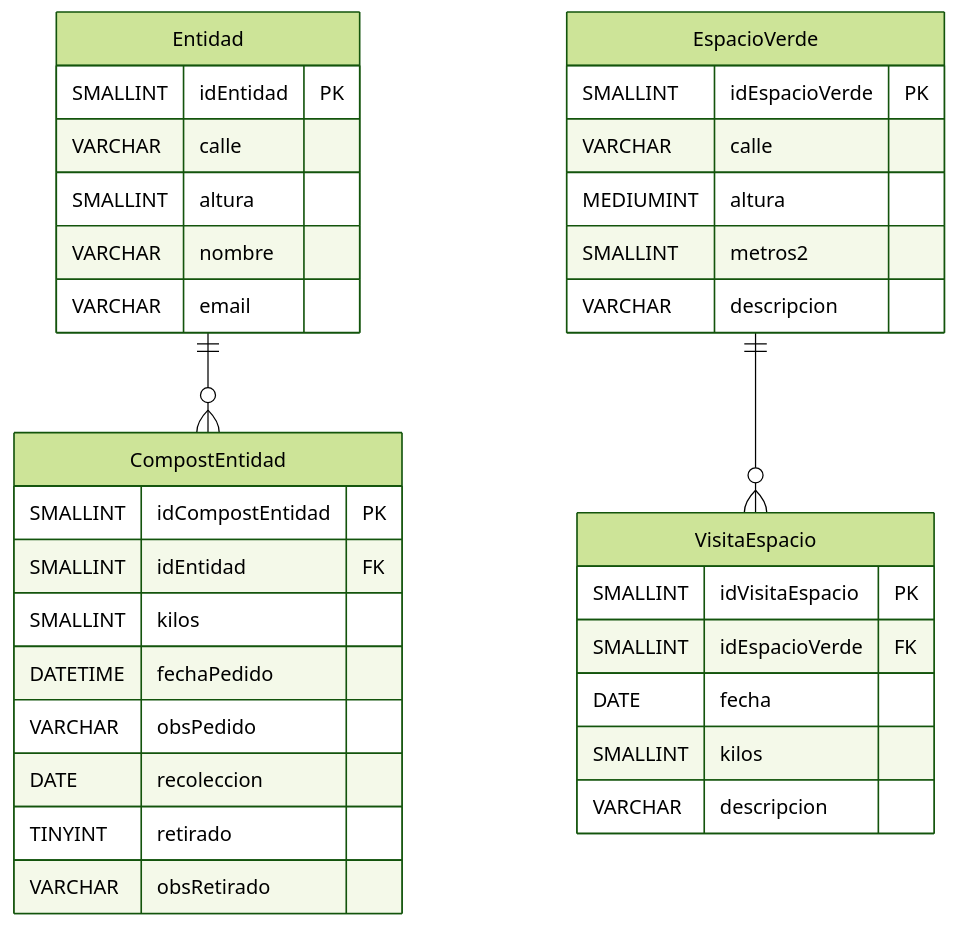
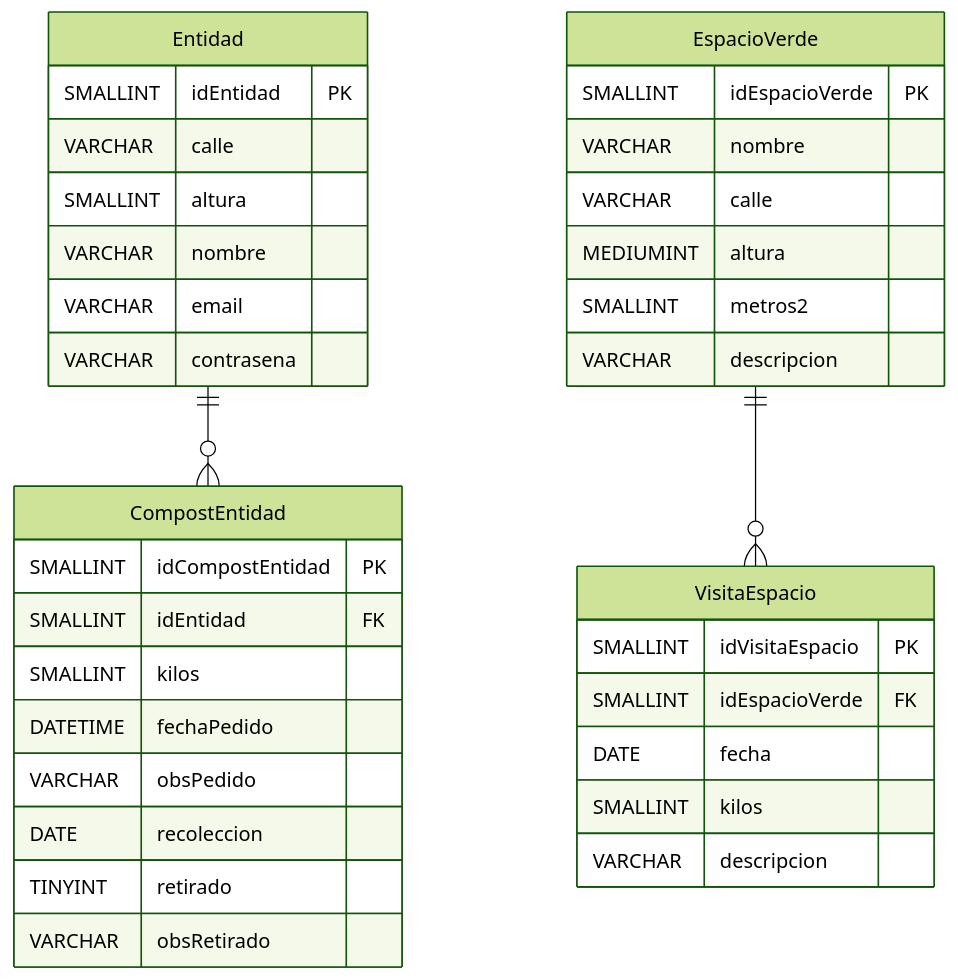
Before and after one commit to mariangelval/CompostApp: the diagram in backend/scripts/DER.md, drawn with Mermaid (forest theme). The commit also changed 45 other files, not shown here.

````diff
--- a/backend/scripts/DER.md
+++ b/backend/scripts/DER.md
@@ -1,40 +1,42 @@
 ```mermaid
 erDiagram
     Entidad {
         SMALLINT idEntidad PK
         VARCHAR calle
         SMALLINT altura
         VARCHAR nombre
         VARCHAR email
+        VARCHAR contrasena
     }
     
     CompostEntidad {
         SMALLINT idCompostEntidad PK
         SMALLINT idEntidad FK
         SMALLINT kilos
         DATETIME fechaPedido
         VARCHAR obsPedido
         DATE recoleccion
         TINYINT retirado
         VARCHAR obsRetirado
     }
     
     EspacioVerde {
         SMALLINT idEspacioVerde PK
+        VARCHAR nombre
         VARCHAR calle
         MEDIUMINT altura
         SMALLINT metros2
         VARCHAR descripcion
     }
 
     VisitaEspacio {
         SMALLINT idVisitaEspacio PK
         SMALLINT idEspacioVerde FK
         DATE fecha
         SMALLINT kilos
         VARCHAR descripcion
     }
     
     Entidad ||--o{ CompostEntidad : ""
     EspacioVerde ||--o{ VisitaEspacio : ""
 ```
````
